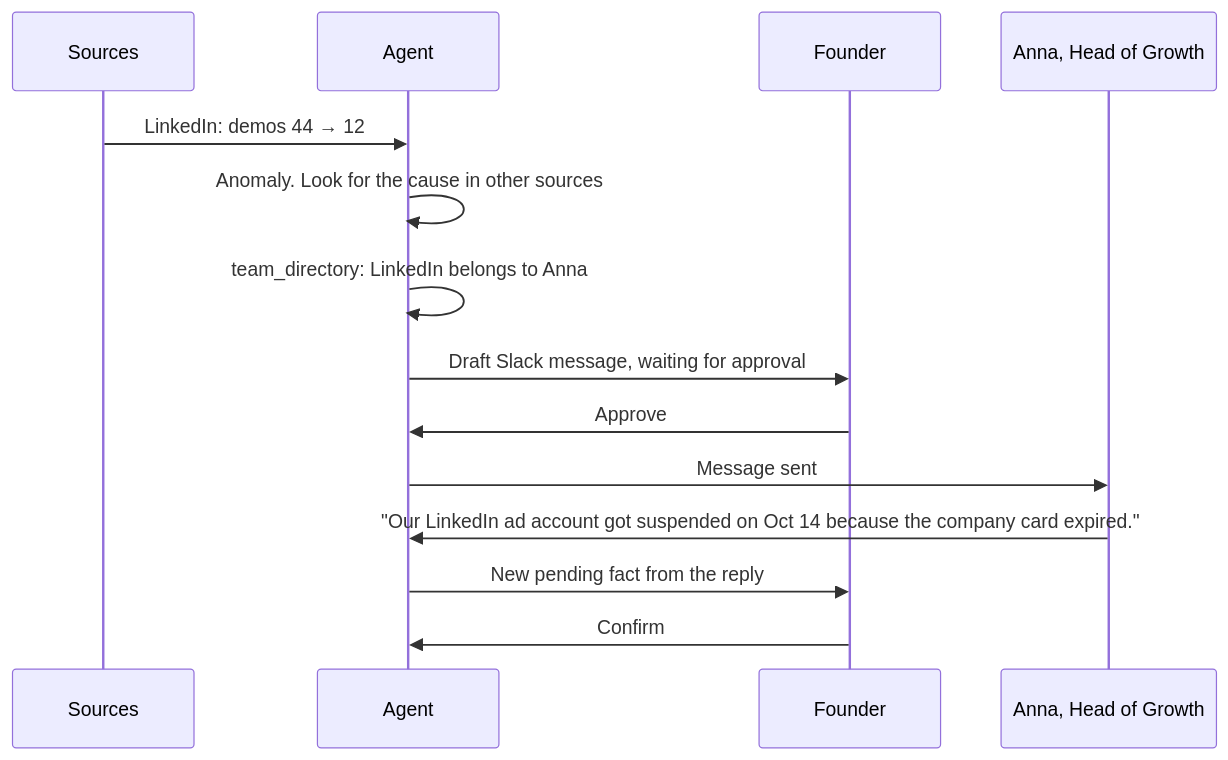
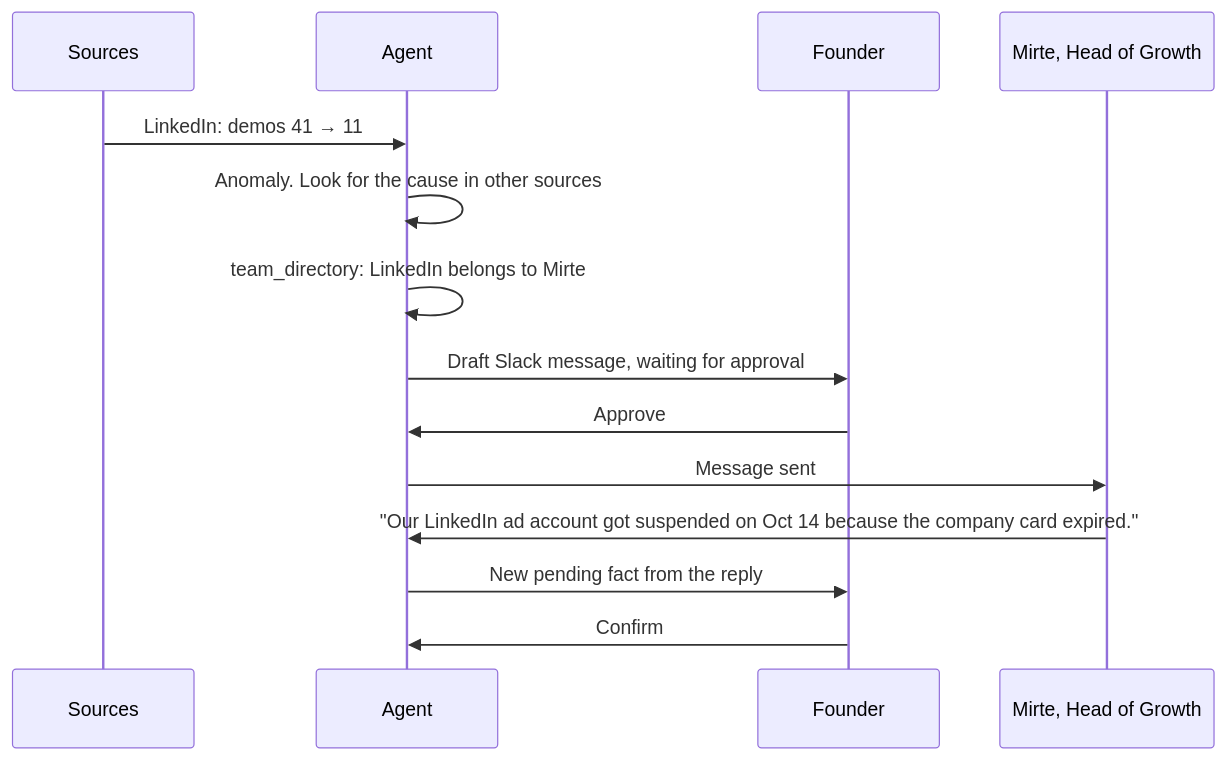
One commit to rhaveen-sa/Agentic-Investor-Updates changed the first of 3 diagrams in README.md. Above: the diagram before and after it, drawn with Mermaid. The commit also changed other lines of this file and 56 other files, not shown here.

````diff
--- a/README.md
+++ b/README.md
@@ -56,16 +63,16 @@
 ```mermaid
 sequenceDiagram
     participant S as Sources
     participant A as Agent
     participant F as Founder
-    participant T as Anna, Head of Growth
-    S->>A: LinkedIn: demos 44 → 12
+    participant T as Mirte, Head of Growth
+    S->>A: LinkedIn: demos 41 → 11
     A->>A: Anomaly. Look for the cause in other sources
-    A->>A: team_directory: LinkedIn belongs to Anna
+    A->>A: team_directory: LinkedIn belongs to Mirte
     A->>F: Draft Slack message, waiting for approval
     F->>A: Approve
     A->>T: Message sent
     T->>A: "Our LinkedIn ad account got suspended on Oct 14 because the company card expired."
     A->>F: New pending fact from the reply
     F->>A: Confirm
 ```
````
